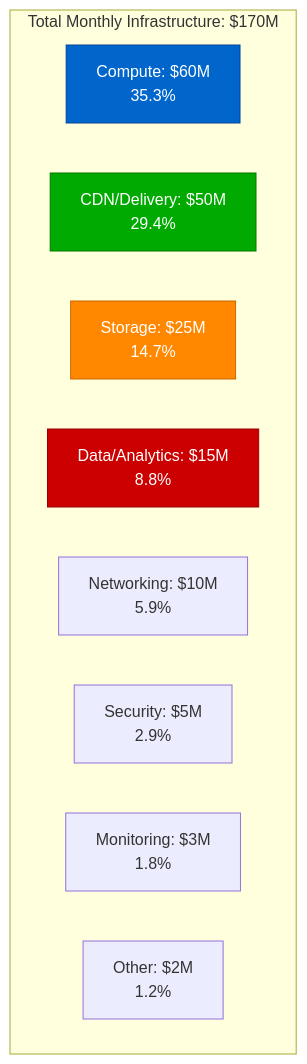
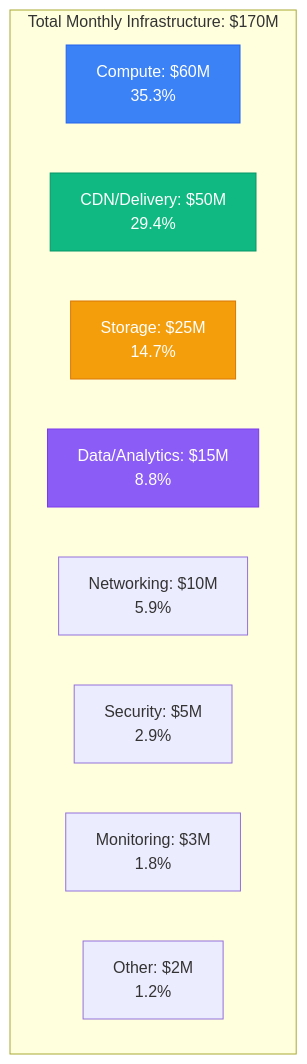
The first of 9 diagrams in site/docs/costs/netflix-infrastructure-breakdown.md (deepaucksharma/DS), drawn with Mermaid before and after one commit. The commit also changed other lines of this file and 303 other files, not shown here.

````diff
--- a/site/docs/costs/netflix-infrastructure-breakdown.md
+++ b/site/docs/costs/netflix-infrastructure-breakdown.md
@@ -9,24 +9,24 @@
 ```mermaid
 graph TB
     subgraph TotalCost[Total Monthly Infrastructure: $170M]
         COMPUTE[Compute: $60M<br/>35.3%]
         CDN[CDN/Delivery: $50M<br/>29.4%]
         STORAGE[Storage: $25M<br/>14.7%]
         DATA[Data/Analytics: $15M<br/>8.8%]
         NETWORK[Networking: $10M<br/>5.9%]
         SECURITY[Security: $5M<br/>2.9%]
         MONITOR[Monitoring: $3M<br/>1.8%]
         OTHER[Other: $2M<br/>1.2%]
     end
 
     %% Apply colors for cost categories
-    classDef computeStyle fill:#0066CC,stroke:#004499,color:#fff
-    classDef cdnStyle fill:#00AA00,stroke:#007700,color:#fff
-    classDef storageStyle fill:#FF8800,stroke:#CC6600,color:#fff
-    classDef dataStyle fill:#CC0000,stroke:#990000,color:#fff
+    classDef computeStyle fill:#3B82F6,stroke:#2563EB,color:#fff
+    classDef cdnStyle fill:#10B981,stroke:#059669,color:#fff
+    classDef storageStyle fill:#F59E0B,stroke:#D97706,color:#fff
+    classDef dataStyle fill:#8B5CF6,stroke:#7C3AED,color:#fff
 
     class COMPUTE computeStyle
     class CDN cdnStyle
     class STORAGE storageStyle
     class DATA dataStyle
 ```
````
